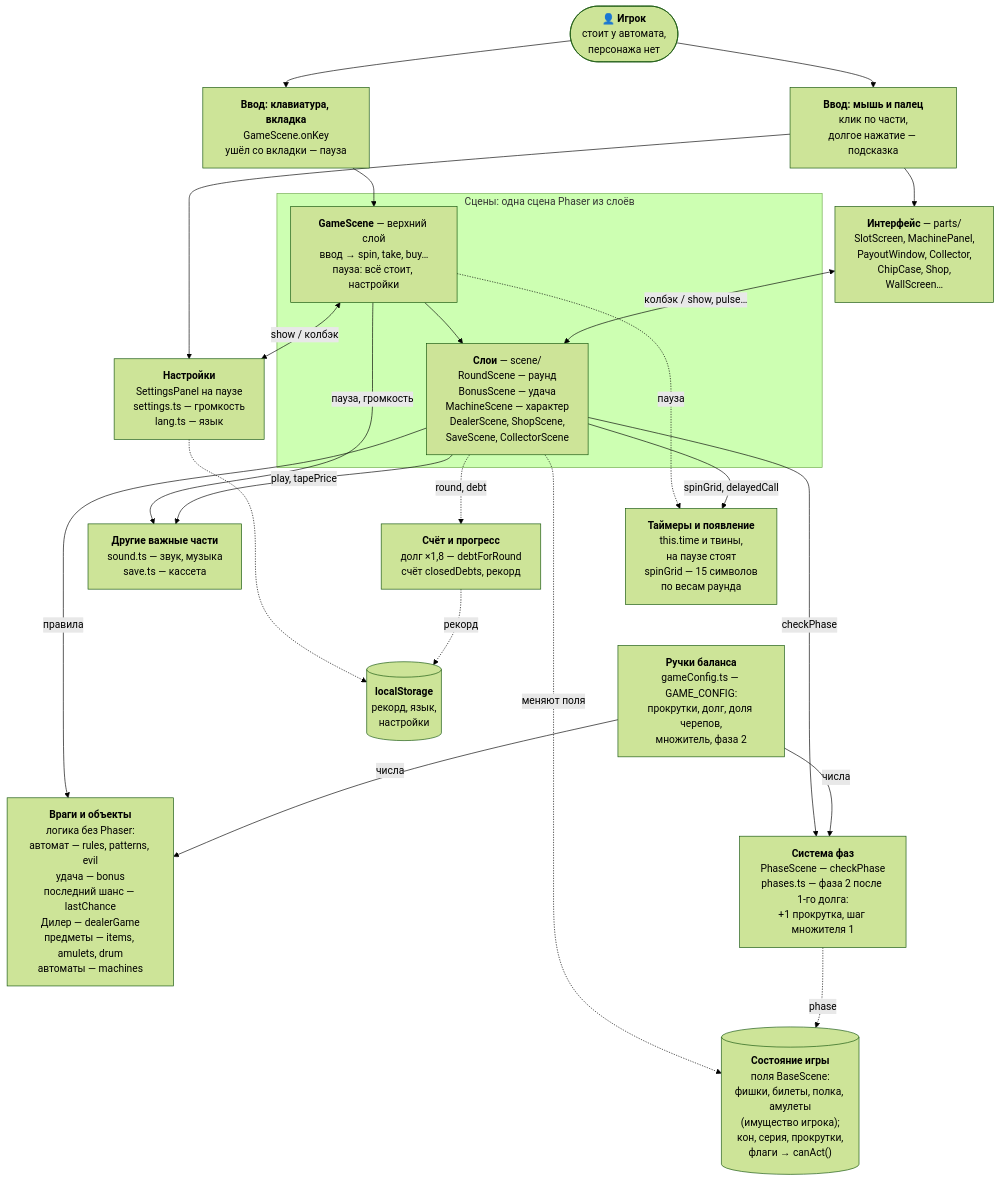
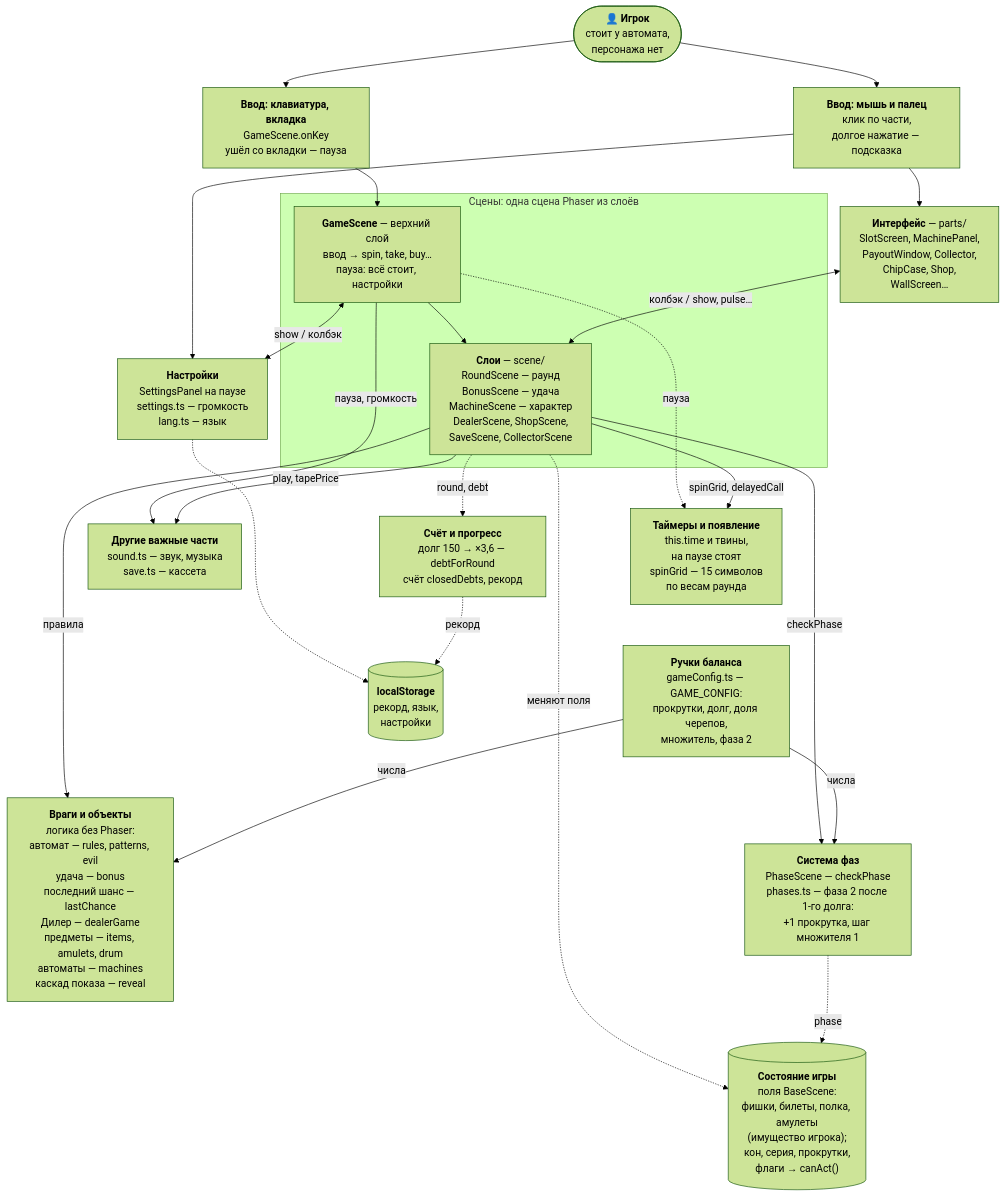
One commit to LILcmetanka/dolgovaya-yama changed the first of 3 diagrams in ARCHITECTURE.md. Above: the diagram before and after it, drawn with Mermaid (forest theme). The commit also changed other lines of this file and 5 other files, not shown here.

````diff
--- a/ARCHITECTURE.md
+++ b/ARCHITECTURE.md
@@ -15,44 +15,44 @@
 ```mermaid
 %%{init: {"flowchart": {"nodeSpacing": 20, "rankSpacing": 40}}}%%
 flowchart TB
   PERSON(["👤 <b>Игрок</b><br/>стоит у автомата,<br/>персонажа нет"])
   KEYS["<b>Ввод: клавиатура, вкладка</b><br/>GameScene.onKey<br/>ушёл со вкладки — пауза"]
   POINTER["<b>Ввод: мышь и палец</b><br/>клик по части,<br/>долгое нажатие — подсказка"]
   subgraph SCENE["Сцены: одна сцена Phaser из слоёв"]
     GS["<b>GameScene</b> — верхний слой<br/>ввод → spin, take, buy…<br/>пауза: всё стоит, настройки"]
     LAYERS["<b>Слои</b> — scene/<br/>RoundScene — раунд<br/>BonusScene — удача<br/>MachineScene — характер<br/>DealerScene, ShopScene,<br/>SaveScene, CollectorScene"]
   end
   UI["<b>Интерфейс</b> — parts/<br/>SlotScreen, MachinePanel,<br/>PayoutWindow, Collector,<br/>ChipCase, Shop,<br/>WallScreen…"]
   SETTINGS["<b>Настройки</b><br/>SettingsPanel на паузе<br/>settings.ts — громкость<br/>lang.ts — язык"]
-  WORLD["<b>Враги и объекты</b><br/>логика без Phaser:<br/>автомат — rules, patterns, evil<br/>удача — bonus<br/>последний шанс — lastChance<br/>Дилер — dealerGame<br/>предметы — items, amulets, drum<br/>автоматы — machines"]
+  WORLD["<b>Враги и объекты</b><br/>логика без Phaser:<br/>автомат — rules, patterns, evil<br/>удача — bonus<br/>последний шанс — lastChance<br/>Дилер — dealerGame<br/>предметы — items, amulets, drum<br/>автоматы — machines<br/>каскад показа — reveal"]
   PHASES["<b>Система фаз</b><br/>PhaseScene — checkPhase<br/>phases.ts — фаза 2 после 1-го долга:<br/>+1 прокрутка, шаг множителя 1"]
   CONFIG["<b>Ручки баланса</b><br/>gameConfig.ts — GAME_CONFIG:<br/>прокрутки, долг, доля черепов,<br/>множитель, фаза 2"]
-  SCORE["<b>Счёт и прогресс</b><br/>долг ×1,8 — debtForRound<br/>счёт closedDebts, рекорд"]
+  SCORE["<b>Счёт и прогресс</b><br/>долг 150 → ×3,6 — debtForRound<br/>счёт closedDebts, рекорд"]
   OTHER["<b>Другие важные части</b><br/>sound.ts — звук, музыка<br/>save.ts — кассета"]
   STATE[("<b>Состояние игры</b><br/>поля BaseScene:<br/>фишки, билеты, полка, амулеты<br/>(имущество игрока);<br/>кон, серия, прокрутки,<br/>флаги → canAct()")]
   TIMERS["<b>Таймеры и появление</b><br/>this.time и твины,<br/>на паузе стоят<br/>spinGrid — 15 символов<br/>по весам раунда"]
   STORAGE[("<b>localStorage</b><br/>рекорд, язык,<br/>настройки")]
 
   PERSON --> KEYS & POINTER
   KEYS --> GS
   POINTER --> UI
   POINTER --> SETTINGS
   GS --> LAYERS
   UI <-->|колбэк / show, pulse…| LAYERS
   GS <-->|show / колбэк| SETTINGS
   GS -->|пауза, громкость| OTHER
   GS -.->|пауза| TIMERS
   LAYERS -->|правила| WORLD
   LAYERS -->|checkPhase| PHASES
   LAYERS -->|play, tapePrice| OTHER
   LAYERS -.->|round, debt| SCORE
   LAYERS -.->|меняют поля| STATE
   PHASES -.->|phase| STATE
   LAYERS -->|spinGrid, delayedCall| TIMERS
   CONFIG -->|числа| WORLD
   CONFIG -->|числа| PHASES
   %% невидимая связь — не вызов, а подсказка раскладке, чтобы схема была уже
   TIMERS ~~~ CONFIG
   SETTINGS -.-> STORAGE
   SCORE -.->|рекорд| STORAGE
 ```
````
